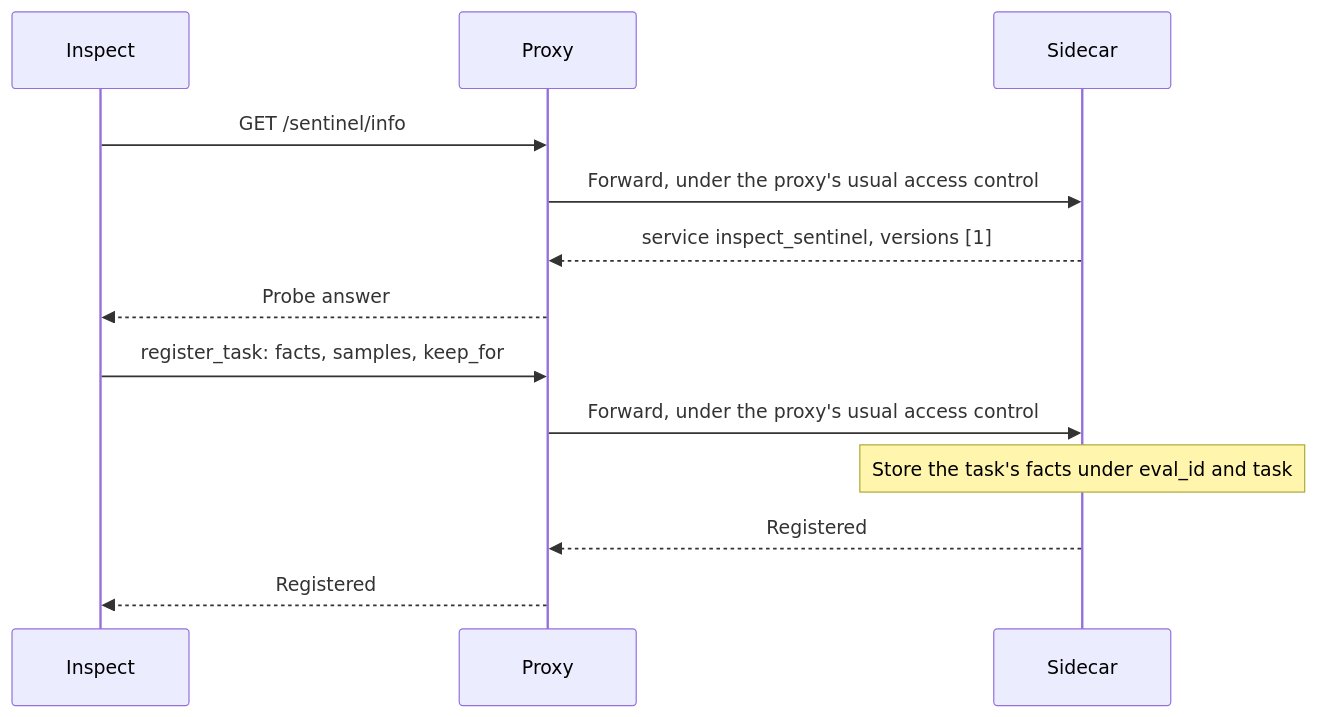
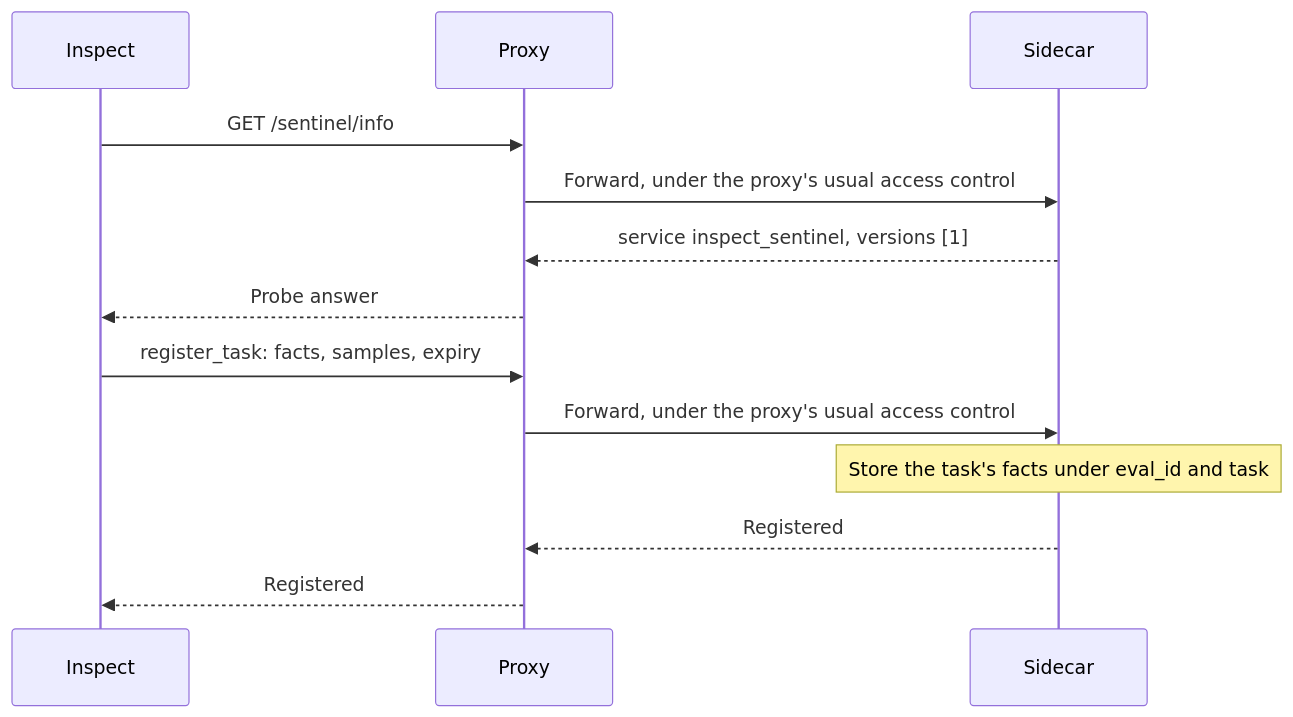
The second of 9 diagrams in design/sidecar.md (meridianlabs-ai/inspect_sentinel), drawn with Mermaid before and after one commit. The commit also changed other lines of this file and 1 other file, not shown here.

````diff
--- a/design/sidecar.md
+++ b/design/sidecar.md
@@ -483,15 +476,15 @@
 ```mermaid
 sequenceDiagram
     participant I as Inspect
     participant P as Proxy
     participant S as Sidecar
     I->>P: GET /sentinel/info
     P->>S: Forward, under the proxy's usual access control
     S-->>P: service inspect_sentinel, versions [1]
     P-->>I: Probe answer
-    I->>P: register_task: facts, samples, keep_for
+    I->>P: register_task: facts, samples, expiry
     P->>S: Forward, under the proxy's usual access control
     Note over S: Store the task's facts under eval_id and task
     S-->>P: Registered
     P-->>I: Registered
 ```
````
